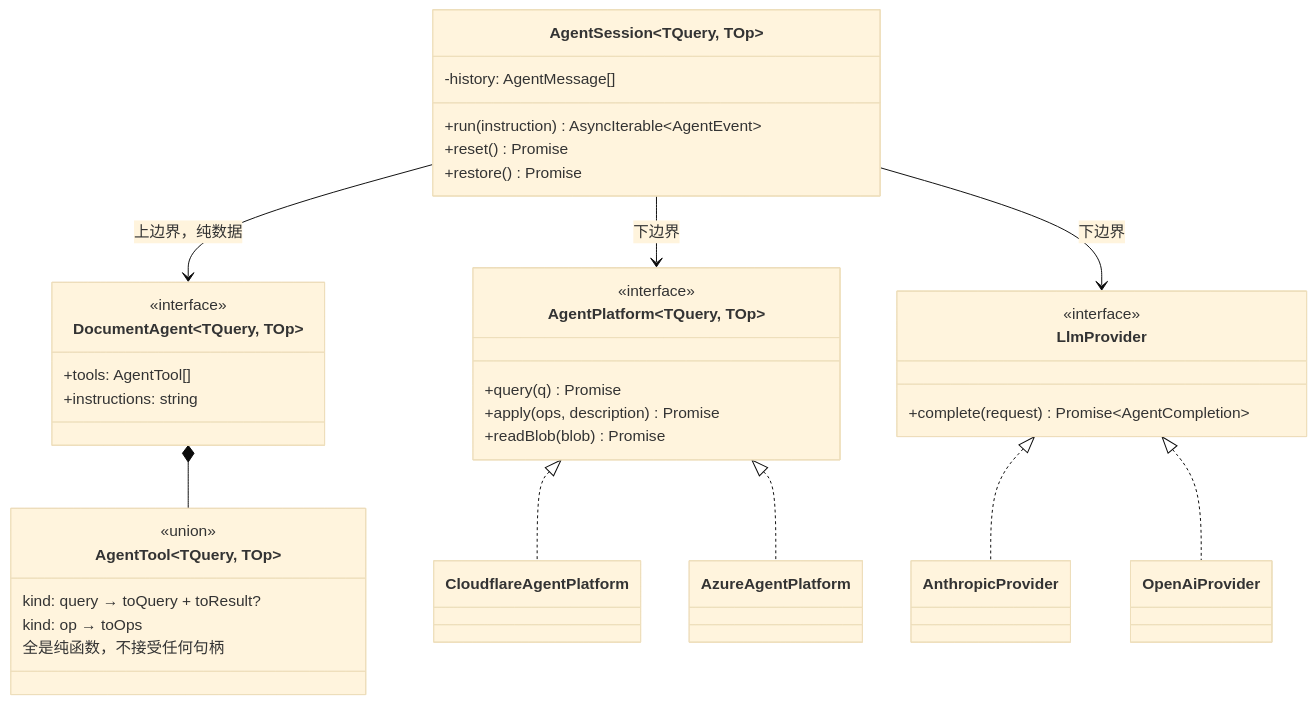
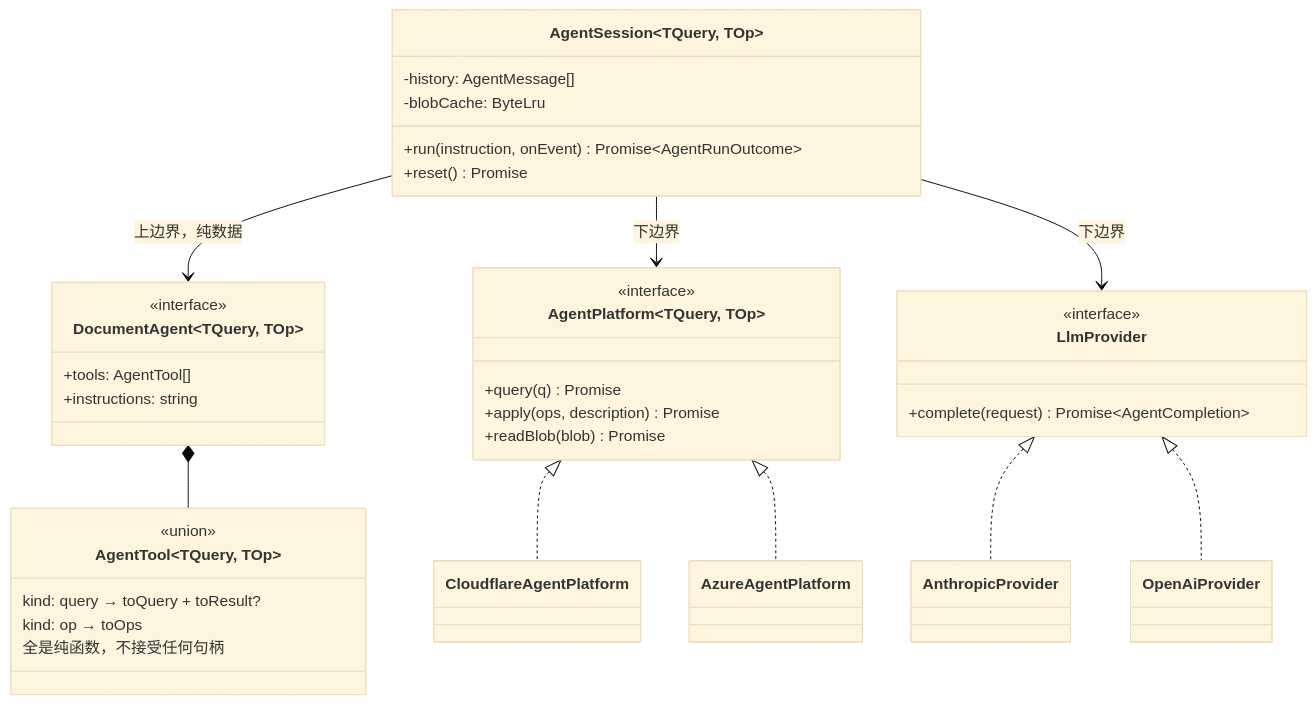
One commit to shazhou-ww/unidocs changed the fifth of 17 diagrams in docs/superpowers/specs/2026-08-26-agent-sdk-design.md. Above: the diagram before and after it, drawn with Mermaid (base theme). The commit also changed other lines of this file, not shown here.

First line of the commit message:
docs(agent-sdk): 解决走查示例暴露的 9 个问题

````diff
--- a/docs/superpowers/specs/2026-08-26-agent-sdk-design.md
+++ b/docs/superpowers/specs/2026-08-26-agent-sdk-design.md
@@ -477,48 +498,48 @@
 ```mermaid
 classDiagram
     class DocumentAgent~TQuery, TOp~ {
         <<interface>>
         +tools: AgentTool[]
         +instructions: string
     }
 
     class AgentTool~TQuery, TOp~ {
         <<union>>
         kind: query → toQuery + toResult?
         kind: op → toOps
         全是纯函数，不接受任何句柄
     }
 
     class AgentSession~TQuery, TOp~ {
         -history: AgentMessage[]
-        +run(instruction) AsyncIterable~AgentEvent~
+        -blobCache: ByteLru
+        +run(instruction, onEvent) Promise~AgentRunOutcome~
         +reset() Promise
-        +restore() Promise
     }
 
     class LlmProvider {
         <<interface>>
         +complete(request) Promise~AgentCompletion~
     }
 
     class AgentPlatform~TQuery, TOp~ {
         <<interface>>
         +query(q) Promise
         +apply(ops, description) Promise
         +readBlob(blob) Promise
     }
 
     class AnthropicProvider
     class OpenAiProvider
     class CloudflareAgentPlatform
     class AzureAgentPlatform
 
     DocumentAgent *-- AgentTool
     AgentSession --> DocumentAgent : 上边界，纯数据
     AgentSession --> AgentPlatform : 下边界
     AgentSession --> LlmProvider : 下边界
     LlmProvider <|.. AnthropicProvider
     LlmProvider <|.. OpenAiProvider
     AgentPlatform <|.. CloudflareAgentPlatform
     AgentPlatform <|.. AzureAgentPlatform
 ```
````
